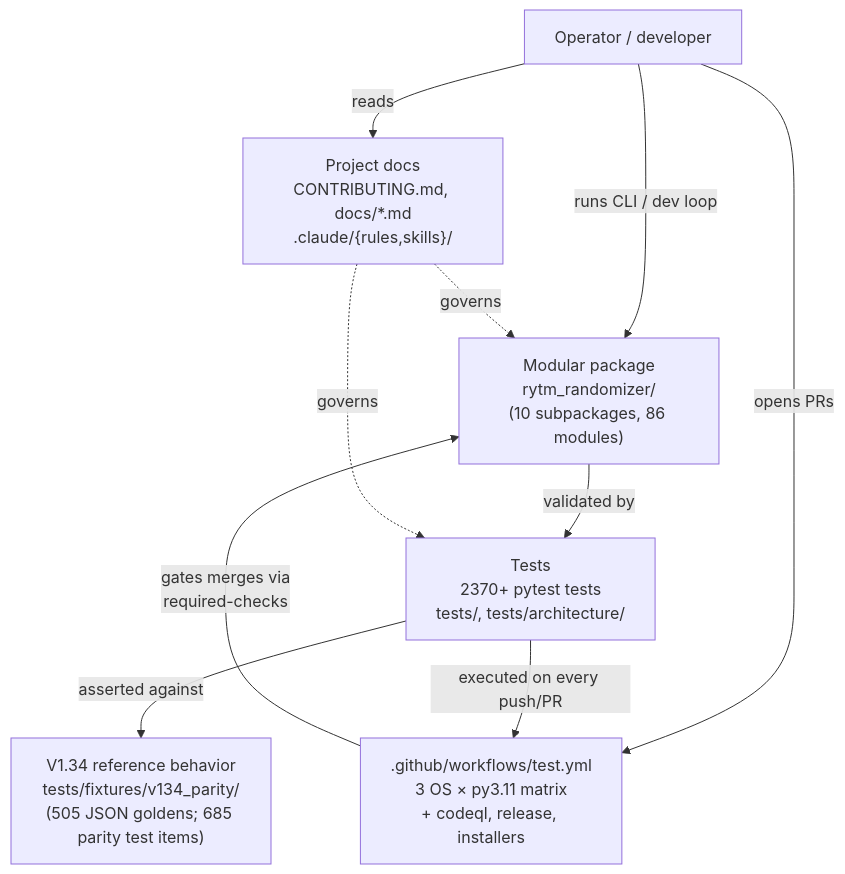
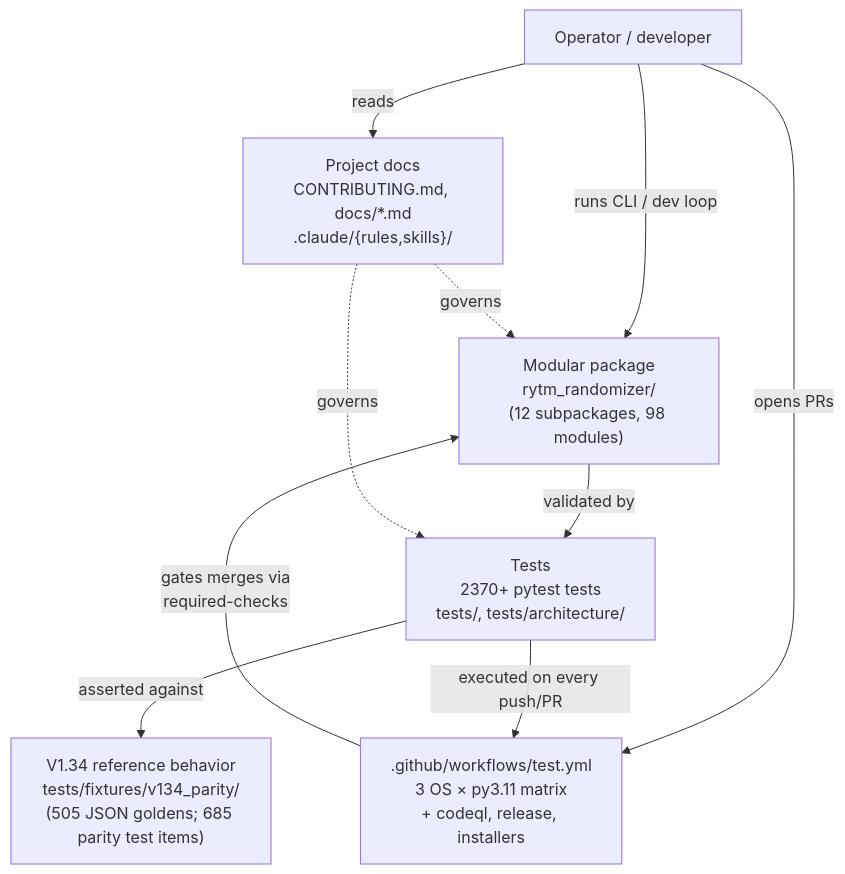
The first of 26 diagrams in docs/ARCHITECTURE_DIAGRAMS.md (buzzijose-hub/RytmRandomizer), drawn with Mermaid before and after one commit. The commit also changed other lines of this file and 8 other files, not shown here.

````diff
--- a/docs/ARCHITECTURE_DIAGRAMS.md
+++ b/docs/ARCHITECTURE_DIAGRAMS.md
@@ -47,22 +47,22 @@
 ```mermaid
 flowchart TB
     User["Operator / developer"]
     V134["V1.34 reference behavior<br/>tests/fixtures/v134_parity/<br/>(505 JSON goldens; 685 parity test items)"]
-    Package["Modular package<br/>rytm_randomizer/<br/>(10 subpackages, 86 modules)"]
+    Package["Modular package<br/>rytm_randomizer/<br/>(12 subpackages, 98 modules)"]
     Tests["Tests<br/>2370+ pytest tests<br/>tests/, tests/architecture/"]
     CI[".github/workflows/test.yml<br/>3 OS × py3.11 matrix<br/>+ codeql, release, installers"]
     Docs["Project docs<br/>CONTRIBUTING.md, docs/*.md<br/>.claude/{rules,skills}/"]
 
     User -->|"runs CLI / dev loop"| Package
     User -->|"opens PRs"| CI
     User -->|"reads"| Docs
 
     Package -->|"validated by"| Tests
     Tests -->|"asserted against"| V134
     Tests -->|"executed on every push/PR"| CI
 
     CI -->|"gates merges via<br/>required-checks"| Package
 
     Docs -.->|"governs"| Package
     Docs -.->|"governs"| Tests
 ```
````
